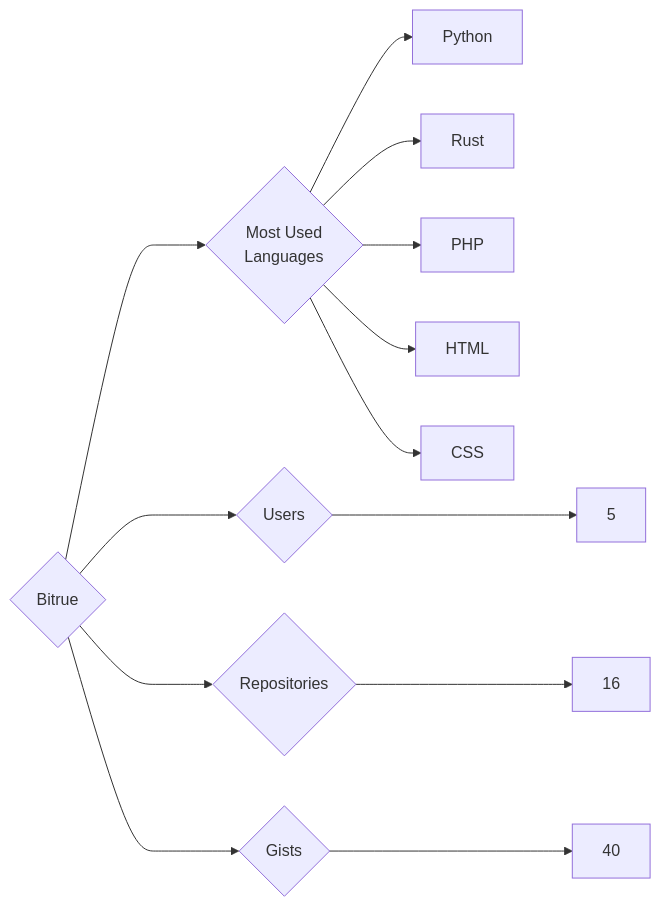
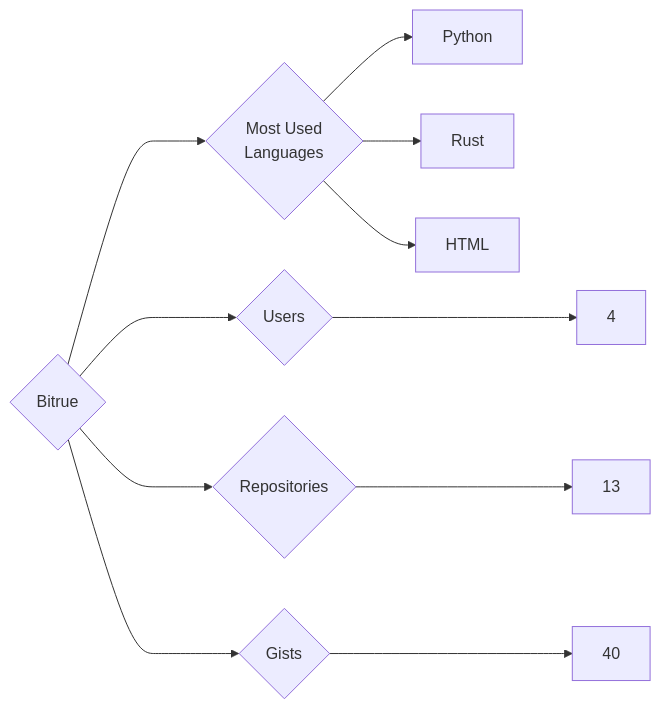
One commit to trickest/insiders changed the diagram in targets/Bitrue/README.md. Above: the diagram before and after it, drawn with Mermaid. The commit also changed 912 other files, not shown here.

````diff
--- a/targets/Bitrue/README.md
+++ b/targets/Bitrue/README.md
@@ -3,13 +3,11 @@
 ```mermaid
 graph LR
 COMPANY_NAME{Bitrue}
-COMPANY_NAME ---> U{Users} ---> UN[5]
-COMPANY_NAME ---> R{Repositories} ---> RN[16]
+COMPANY_NAME ---> U{Users} ---> UN[4]
+COMPANY_NAME ---> R{Repositories} ---> RN[13]
 COMPANY_NAME ---> G{Gists} ---> GN[40]
 COMPANY_NAME ---> ML{Most Used<br>Languages}
 ML --> Python[Python]
 ML --> Rust[Rust]
-ML --> PHP[PHP]
 ML --> HTML[HTML]
-ML --> CSS[CSS]
 ```
````
